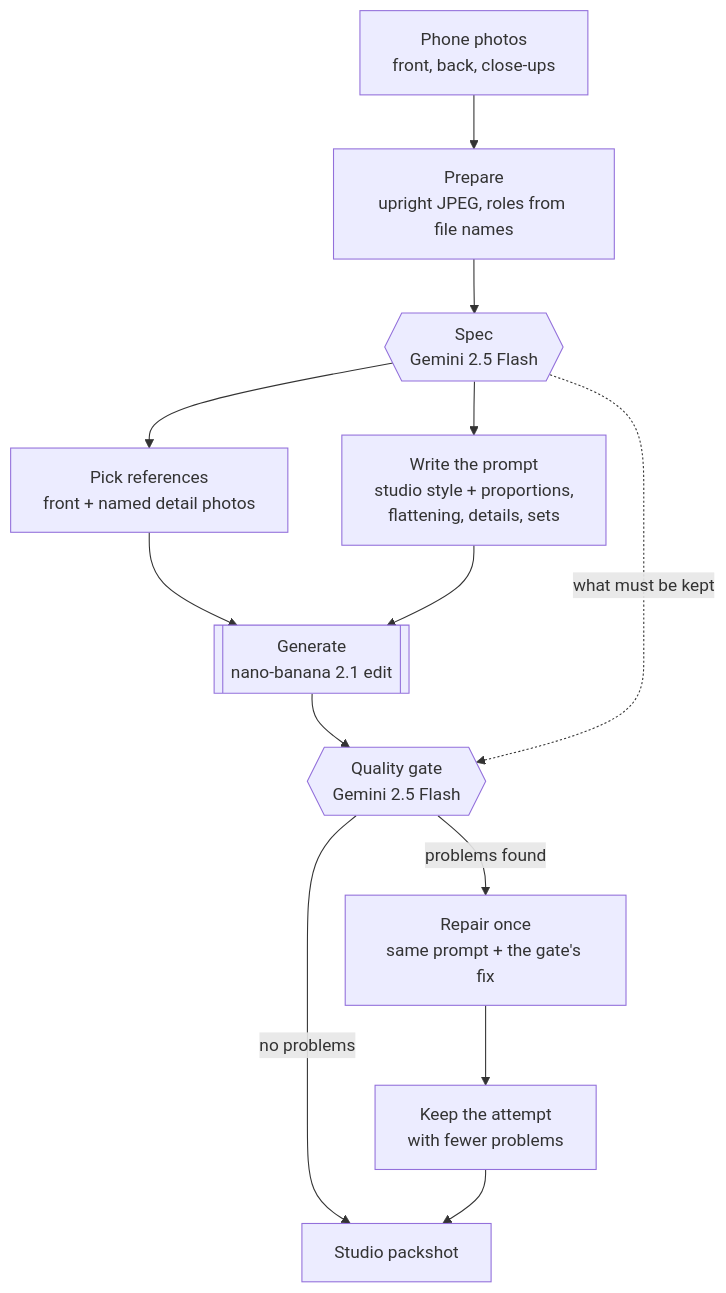
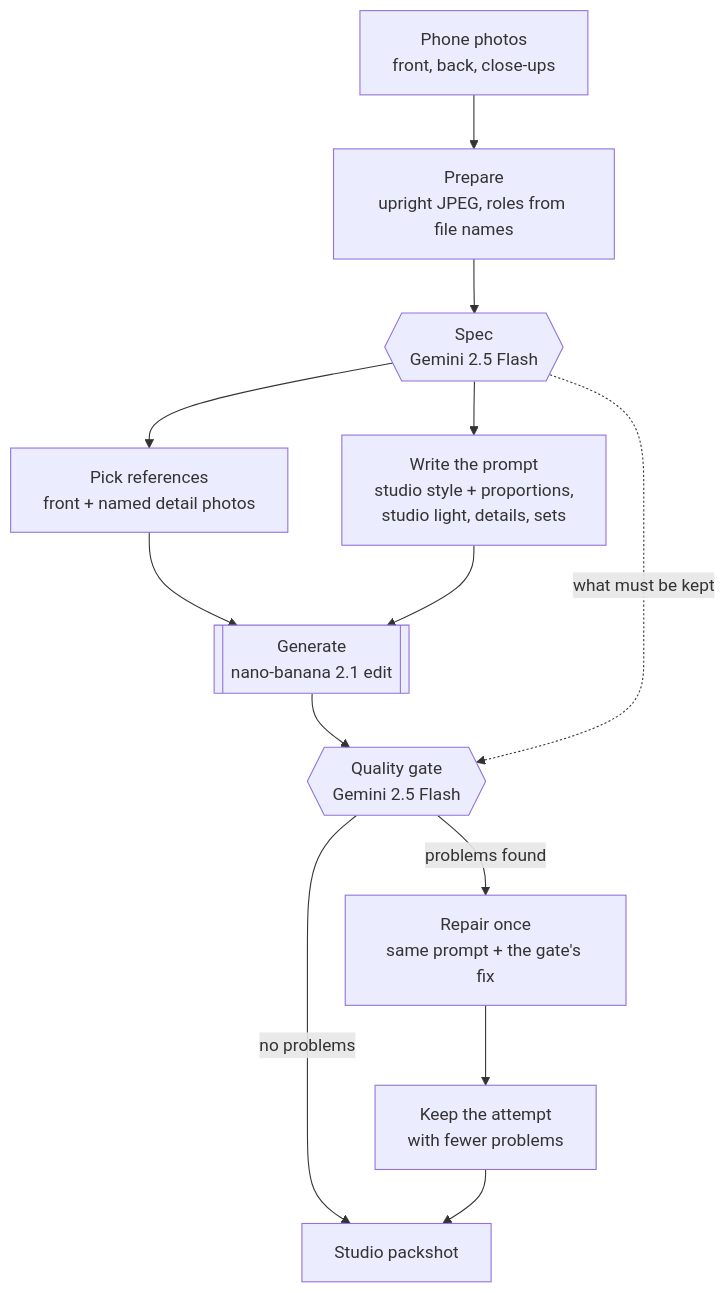
The first of 2 diagrams in README.md (neural-wave/ch-D3A24), drawn with Mermaid before and after one commit. The commit also changed other lines of this file and 4 other files, not shown here.

First line of the commit message:
feat(reconstruction): back to the original harness plus sets; drop flattening (60.72 on the holdout)

````diff
--- a/README.md
+++ b/README.md
@@ -22,15 +22,15 @@
 ```mermaid
 flowchart TD
     A["Phone photos<br/>front, back, close-ups"] --> B["Prepare<br/>upright JPEG, roles from file names"]
     B --> C{{"Spec<br/>Gemini 2.5 Flash"}}
     C --> D["Pick references<br/>front + named detail photos"]
-    C --> E["Write the prompt<br/>studio style + proportions,<br/>flattening, details, sets"]
+    C --> E["Write the prompt<br/>studio style + proportions,<br/>studio light, details, sets"]
     D --> F[["Generate<br/>nano-banana 2.1 edit"]]
     E --> F
     F --> G{{"Quality gate<br/>Gemini 2.5 Flash"}}
     C -.->|what must be kept| G
     G -->|no problems| H["Studio packshot"]
     G -->|problems found| R["Repair once<br/>same prompt + the gate's fix"]
     R --> K["Keep the attempt<br/>with fewer problems"]
     K --> H
 ```
````
